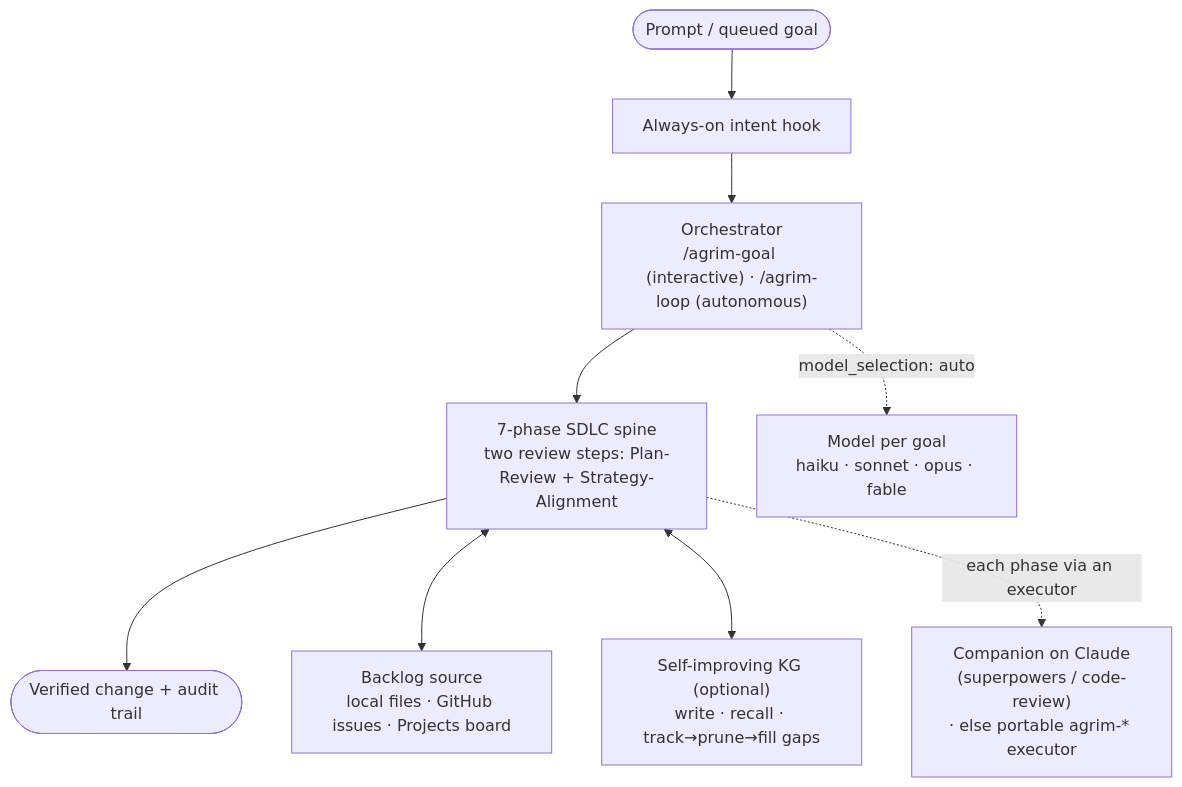
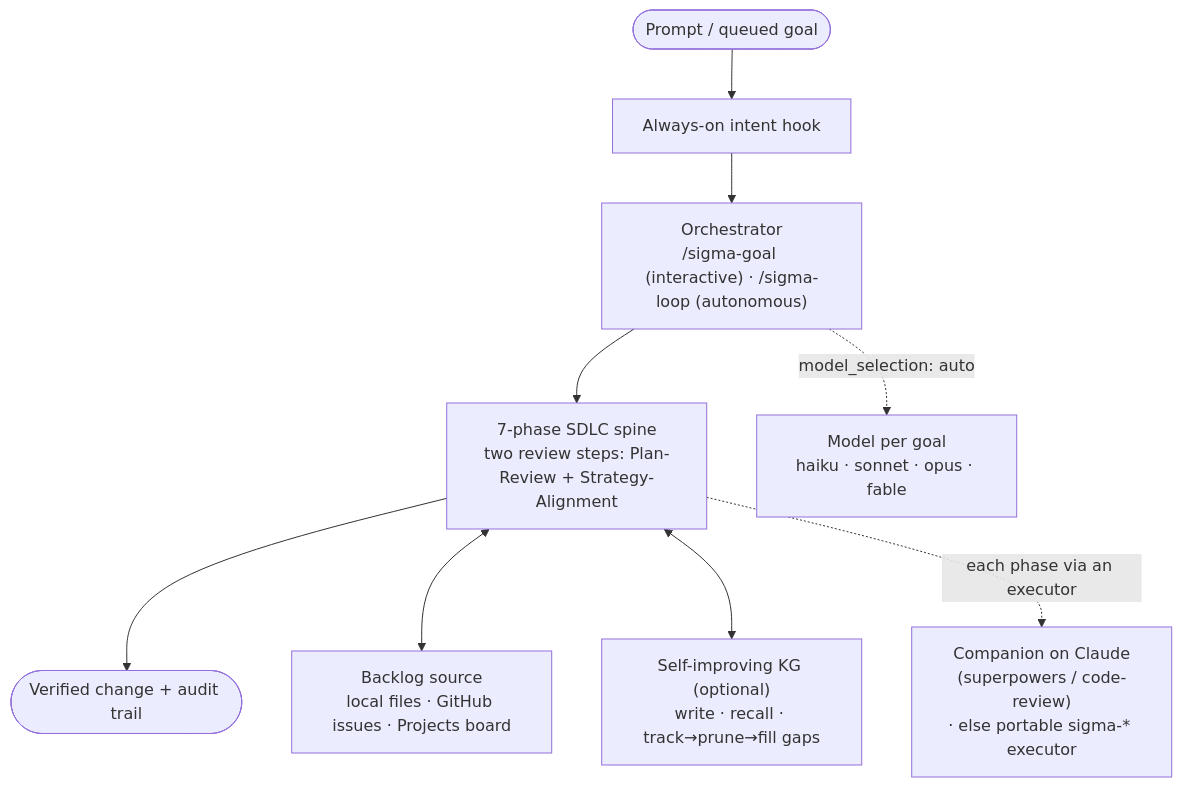
The first of 3 diagrams in README.md (Agrim-Intelligence/sigma), drawn with Mermaid before and after one commit. The commit also changed other lines of this file and 885 other files, not shown here.

Commit message:
rename: skills and commands agrim- to sigma- (#523)

````diff
--- a/README.md
+++ b/README.md
@@ -626,11 +626,11 @@
 ```mermaid
 flowchart TB
     PROMPT(["Prompt / queued goal"]) --> HOOK["Always-on intent hook"]
-    HOOK --> ORCH["Orchestrator<br/>/agrim-goal (interactive) · /agrim-loop (autonomous)"]
+    HOOK --> ORCH["Orchestrator<br/>/sigma-goal (interactive) · /sigma-loop (autonomous)"]
     ORCH --> SPINE["7-phase SDLC spine<br/>two review steps: Plan-Review + Strategy-Alignment"]
     ORCH -.->|"model_selection: auto"| MDL["Model per goal<br/>haiku · sonnet · opus · fable"]
     SPINE --> OUT(["Verified change + audit trail"])
     SPINE <--> SRC["Backlog source<br/>local files · GitHub issues · Projects board"]
     SPINE <--> KG["Self-improving KG (optional)<br/>write · recall · track→prune→fill gaps"]
-    SPINE -.->|"each phase via an executor"| COMP["Companion on Claude<br/>(superpowers / code-review)<br/>· else portable agrim-* executor"]
+    SPINE -.->|"each phase via an executor"| COMP["Companion on Claude<br/>(superpowers / code-review)<br/>· else portable sigma-* executor"]
 ```
````
